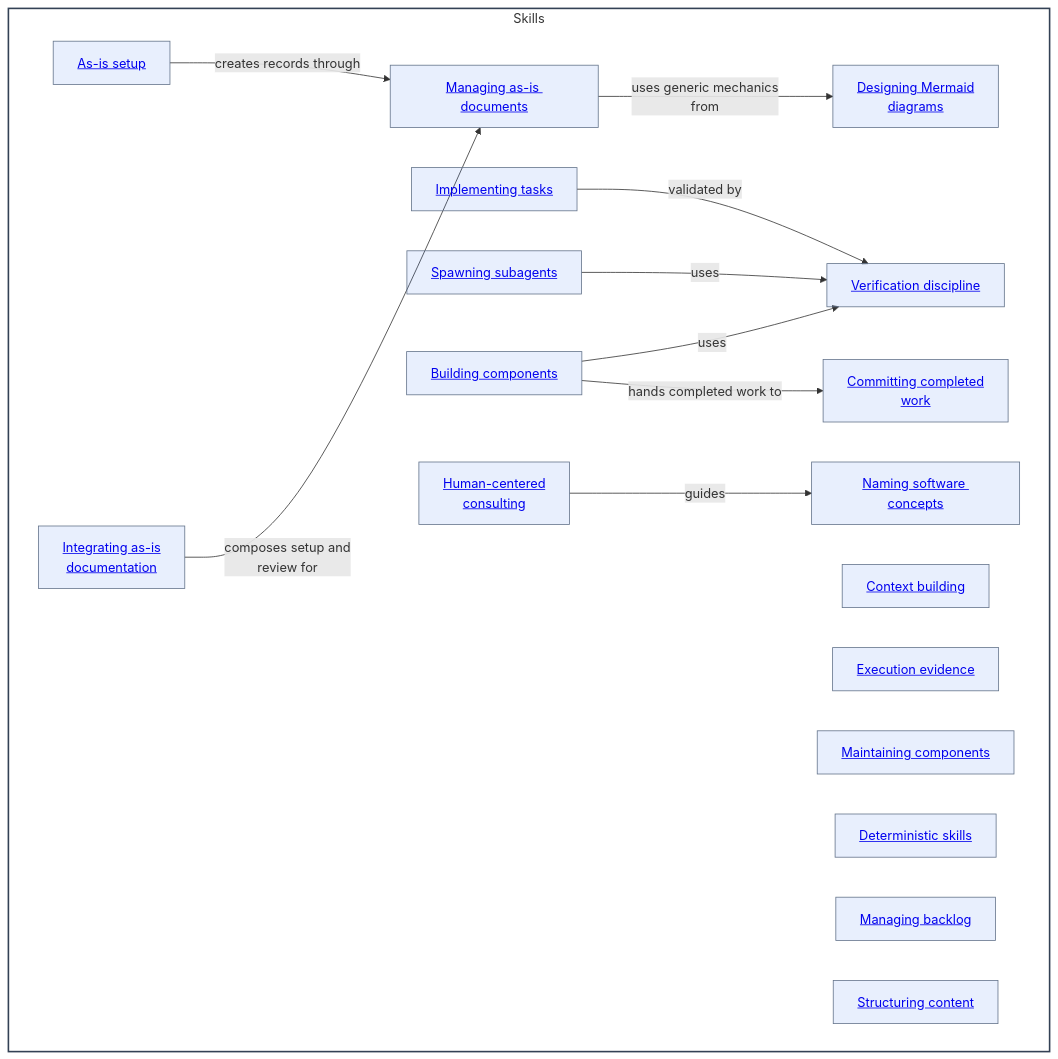
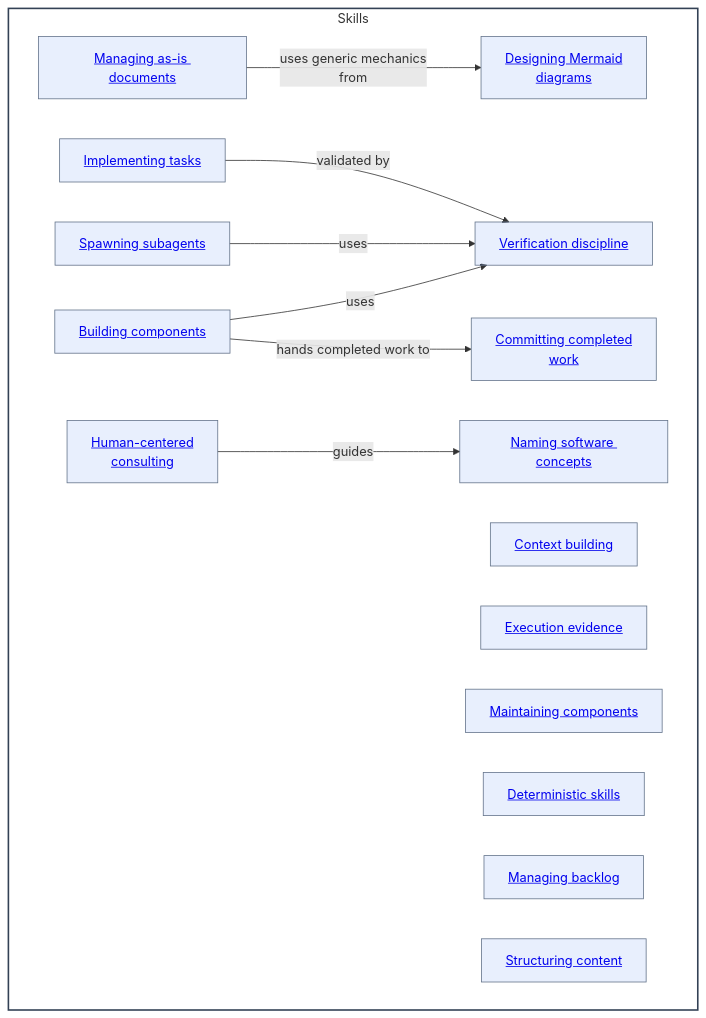
One commit to abstract-business-systems/as-is changed the diagram in skills/as-is.md. Above: the diagram before and after it, drawn with Mermaid. The commit also changed other lines of this file and 16 other files, not shown here.

````diff
--- a/skills/as-is.md
+++ b/skills/as-is.md
@@ -71,38 +69,34 @@
 ```mermaid
 %%{init: {"securityLevel": "loose"}}%%
 flowchart LR
     subgraph Skills["Skills"]
         direction LR
-        Setup["<a href='./as-is-setup/as-is.md#design'>As-is setup</a>"]
-        Integrate["<a href='./integrate-as-is-documentation/as-is.md#design'>Integrating as-is<br/>documentation</a>"]
         ManagingAsIs["<a href='./managing-as-is-document/as-is.md#design'>Managing as-is documents</a>"]
         ContextBuilding["<a href='./context-building/as-is.md#design'>Context building</a>"]
         ExecutionEvidence["<a href='./exploring-execution-evidence/as-is.md#design'>Execution evidence</a>"]
         MermaidDesign["<a href='./designing-mermaid-diagrams/as-is.md#design'>Designing Mermaid<br/>diagrams</a>"]
         ImplementingTasks["<a href='./implementing-component-tasks/as-is.md#design'>Implementing tasks</a>"]
         MaintainingComponents["<a href='./maintaining-components/as-is.md#design'>Maintaining components</a>"]
         DeterministicSkills["<a href='./deterministic-skills/as-is.md#design'>Deterministic skills</a>"]
         ManagingBacklog["<a href='./managing-backlog/as-is.md#design'>Managing backlog</a>"]
         SpawningSubagents["<a href='./spawning-pi-subagents/as-is.md#design'>Spawning subagents</a>"]
         StructuringContent["<a href='./structuring-content/as-is.md#design'>Structuring content</a>"]
         Verification["<a href='./verification-discipline/as-is.md#design'>Verification discipline</a>"]
         Naming["<a href='./naming-software-concepts/as-is.md#design'>Naming software concepts</a>"]
         Building["<a href='./building-components/as-is.md#design'>Building components</a>"]
         Committing["<a href='./committing-completed-work/as-is.md#design'>Committing completed<br/>work</a>"]
         Consulting["<a href='./human-centered-consulting/as-is.md#design'>Human-centered<br/>consulting</a>"]
 
-        Setup -->|creates records through| ManagingAsIs
-        Integrate -->|composes setup and<br/>review for| ManagingAsIs
         ManagingAsIs -->|uses generic mechanics<br/>from| MermaidDesign
         ImplementingTasks -->|validated by| Verification
         SpawningSubagents -->|uses| Verification
         Building -->|uses| Verification
         Building -->|hands completed work to| Committing
         Consulting -->|guides| Naming
 
     end
     classDef component fill:#f8fafc,fill-opacity:0.1,stroke:#334155,stroke-width:2px
     classDef child fill:#2563eb,fill-opacity:0.1,stroke:#64748b,stroke-width:1px
     class Skills component
-    class Setup,Integrate,ManagingAsIs,ContextBuilding,ExecutionEvidence,MermaidDesign,ImplementingTasks,MaintainingComponents,DeterministicSkills,ManagingBacklog,SpawningSubagents,StructuringContent,Verification,Naming,Building,Committing,Consulting child
+    class ManagingAsIs,ContextBuilding,ExecutionEvidence,MermaidDesign,ImplementingTasks,MaintainingComponents,DeterministicSkills,ManagingBacklog,SpawningSubagents,StructuringContent,Verification,Naming,Building,Committing,Consulting child
 ```
````
